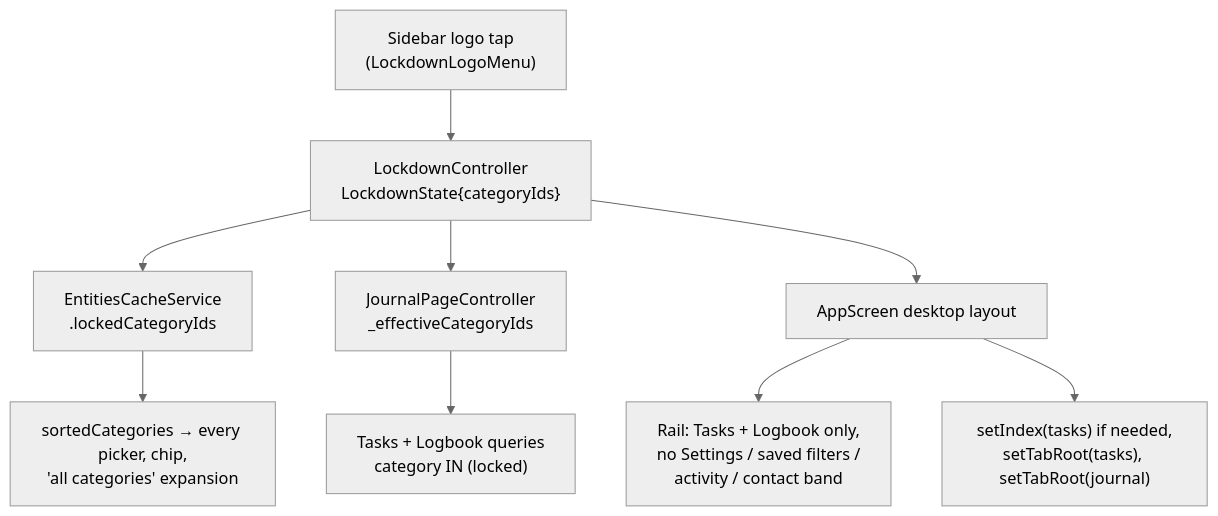
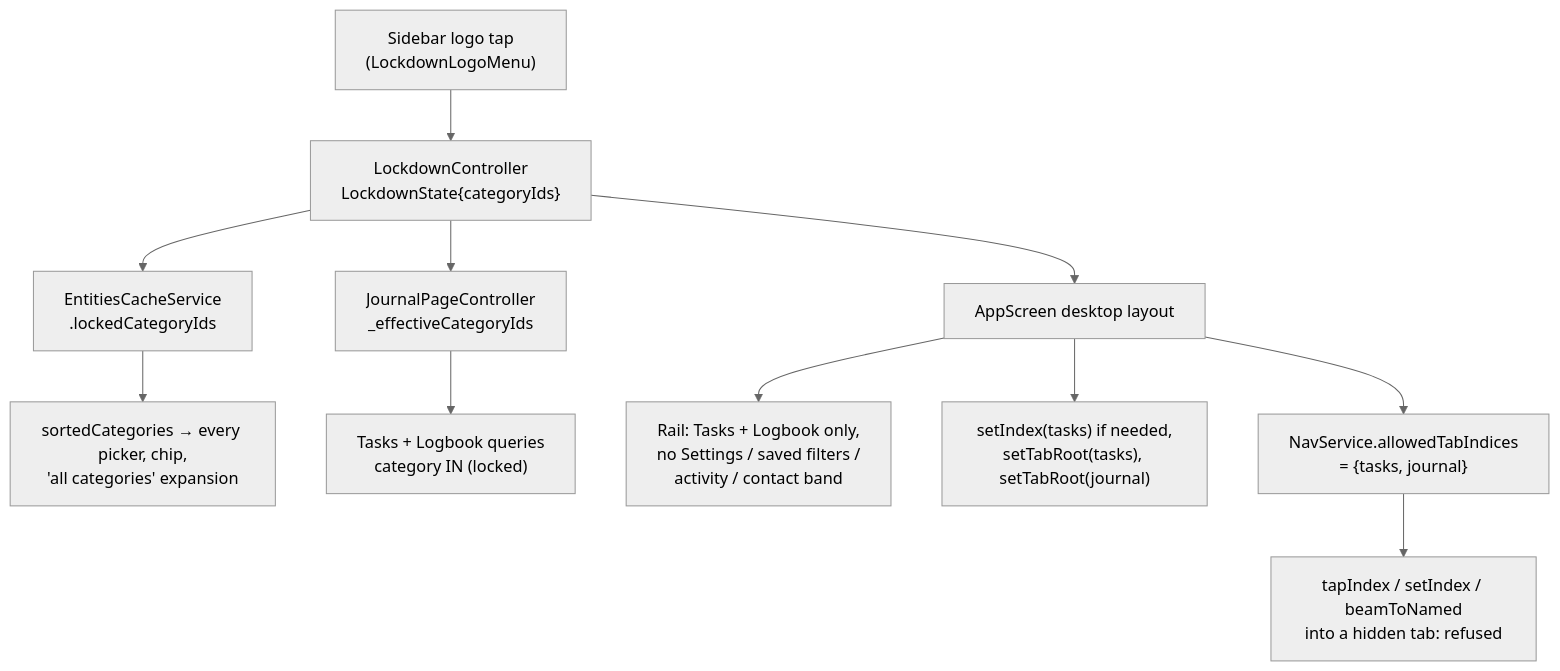
Before and after one commit to matthiasn/lotti: the diagram in knowledge/features/lockdown.md, drawn with Mermaid (neutral theme). The commit also changed other lines of this file and 8 other files, not shown here.

First line of the commit message:
fix(lockdown): guard every route into hidden tabs and freeze the raw filter

````diff
--- a/knowledge/features/lockdown.md
+++ b/knowledge/features/lockdown.md
@@ -33,11 +33,13 @@
 ```mermaid
 flowchart TD
   Logo["Sidebar logo tap<br/>(LockdownLogoMenu)"] --> Ctrl["LockdownController<br/>LockdownState{categoryIds}"]
   Ctrl --> Cache["EntitiesCacheService<br/>.lockedCategoryIds"]
   Ctrl --> JPC["JournalPageController<br/>_effectiveCategoryIds"]
   Ctrl --> Shell["AppScreen desktop layout"]
   Cache --> Pickers["sortedCategories → every picker, chip,<br/>'all categories' expansion"]
   JPC --> Query["Tasks + Logbook queries<br/>category IN (locked)"]
   Shell --> Rail["Rail: Tasks + Logbook only,<br/>no Settings / saved filters /<br/>activity / contact band"]
   Shell --> Reset["setIndex(tasks) if needed,<br/>setTabRoot(tasks), setTabRoot(journal)"]
+  Shell --> Guard["NavService.allowedTabIndices<br/>= {tasks, journal}"]
+  Guard --> Refused["tapIndex / setIndex / beamToNamed<br/>into a hidden tab: refused"]
 ```
````
